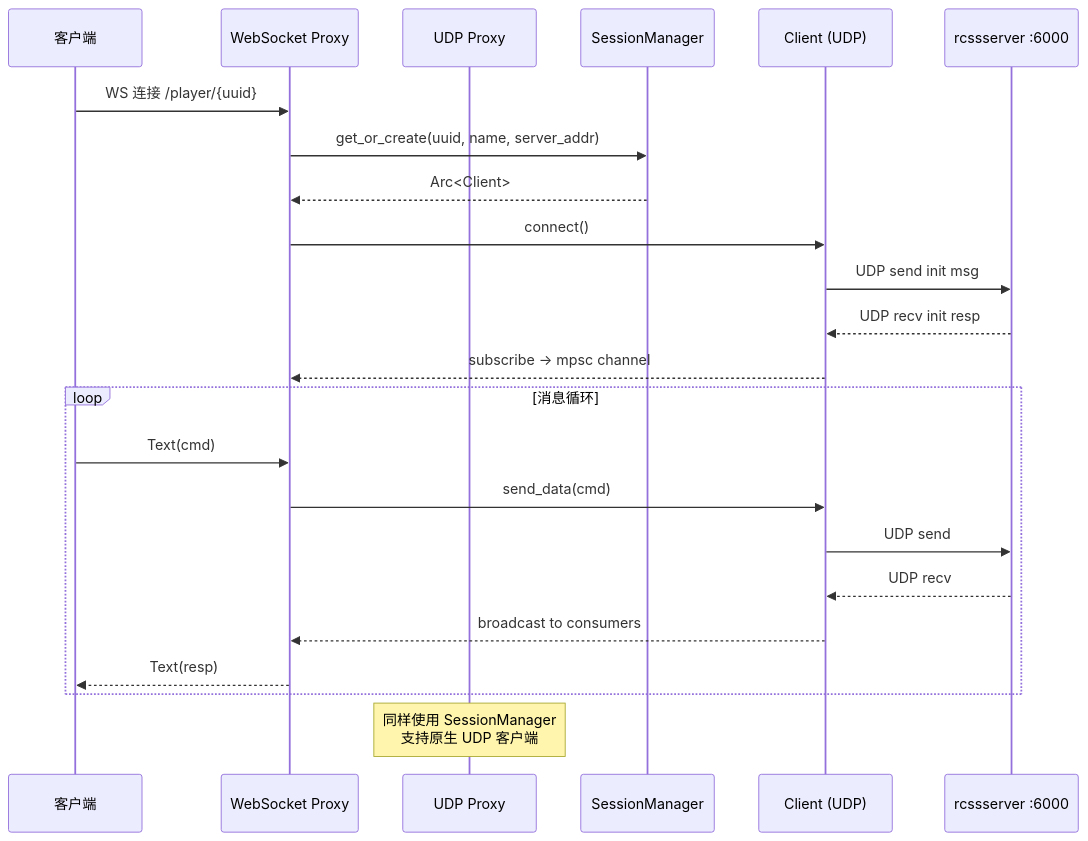
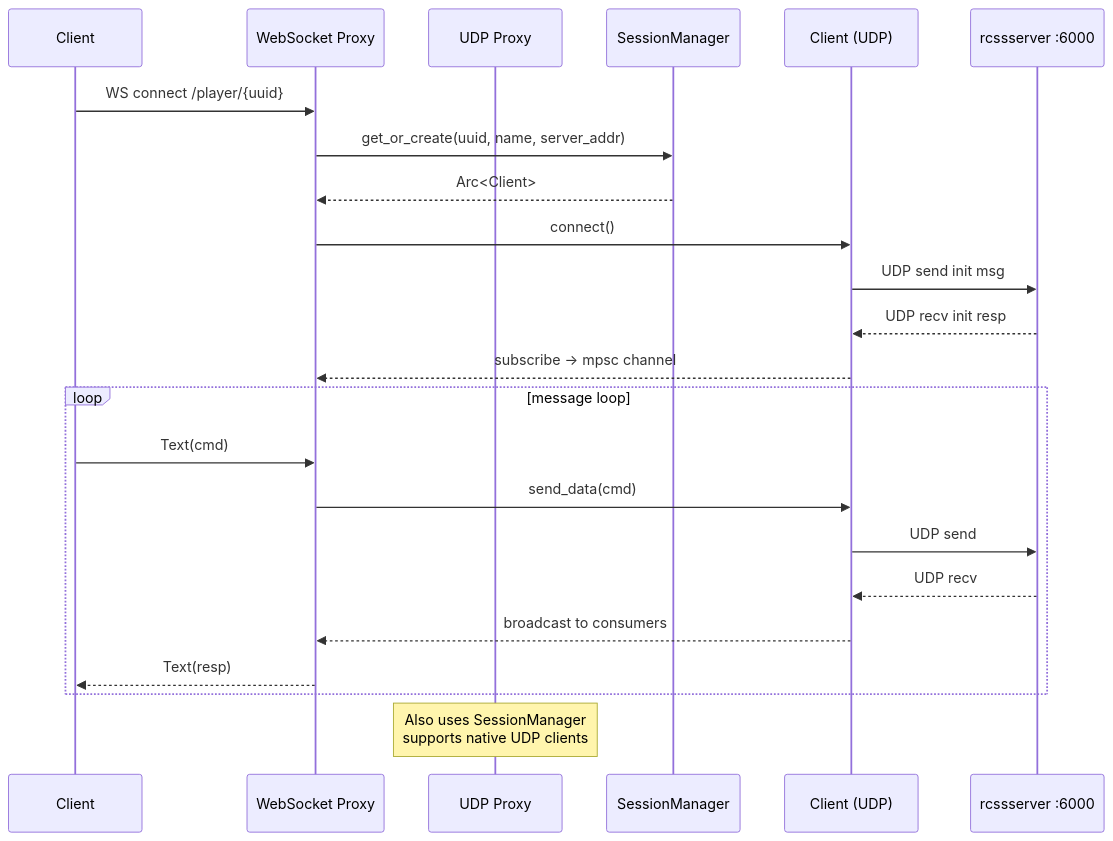
The fourth of 20 diagrams in docs/REPORT.md (NN-4H0U/cluster), drawn with Mermaid before and after one commit. The commit also changed other lines of this file, not shown here.

Commit message:
fix: fix AppState lifecycle mermaid parse error and translate all diagrams to English

````diff
--- a/docs/REPORT.md
+++ b/docs/REPORT.md
@@ -146,28 +146,28 @@
 ```mermaid
 sequenceDiagram
-    participant C as 客户端
+    participant C as Client
     participant WS as WebSocket Proxy
     participant UDP as UDP Proxy
     participant SM as SessionManager
     participant CL as Client (UDP)
     participant RCSS as rcssserver :6000
 
-    C->>WS: WS 连接 /player/{uuid}
+    C->>WS: WS connect /player/{uuid}
     WS->>SM: get_or_create(uuid, name, server_addr)
     SM-->>WS: Arc<Client>
     WS->>CL: connect()
     CL->>RCSS: UDP send init msg
     RCSS-->>CL: UDP recv init resp
     CL-->>WS: subscribe → mpsc channel
 
-    loop 消息循环
+    loop message loop
         C->>WS: Text(cmd)
         WS->>CL: send_data(cmd)
         CL->>RCSS: UDP send
         RCSS-->>CL: UDP recv
         CL-->>WS: broadcast to consumers
         WS-->>C: Text(resp)
     end
 
-    Note over UDP: 同样使用 SessionManager<br/>支持原生 UDP 客户端
+    Note over UDP: Also uses SessionManager<br/>supports native UDP clients
 ```
````
